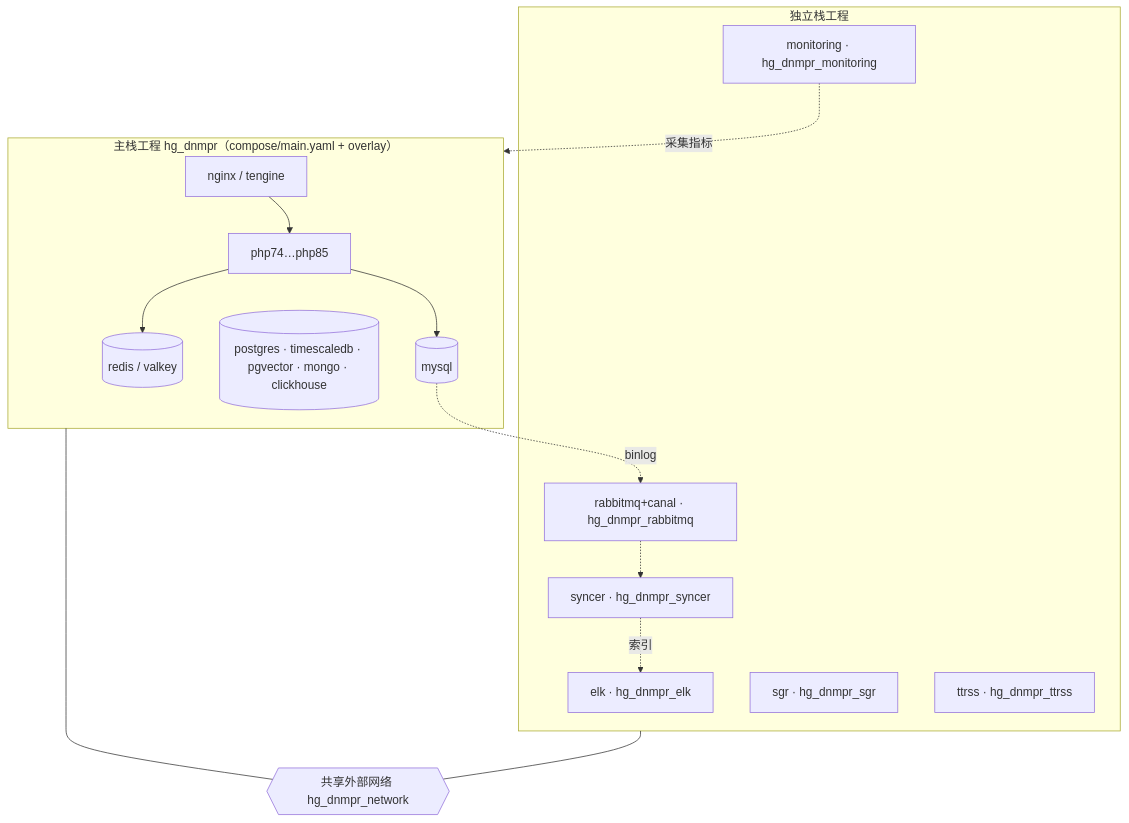
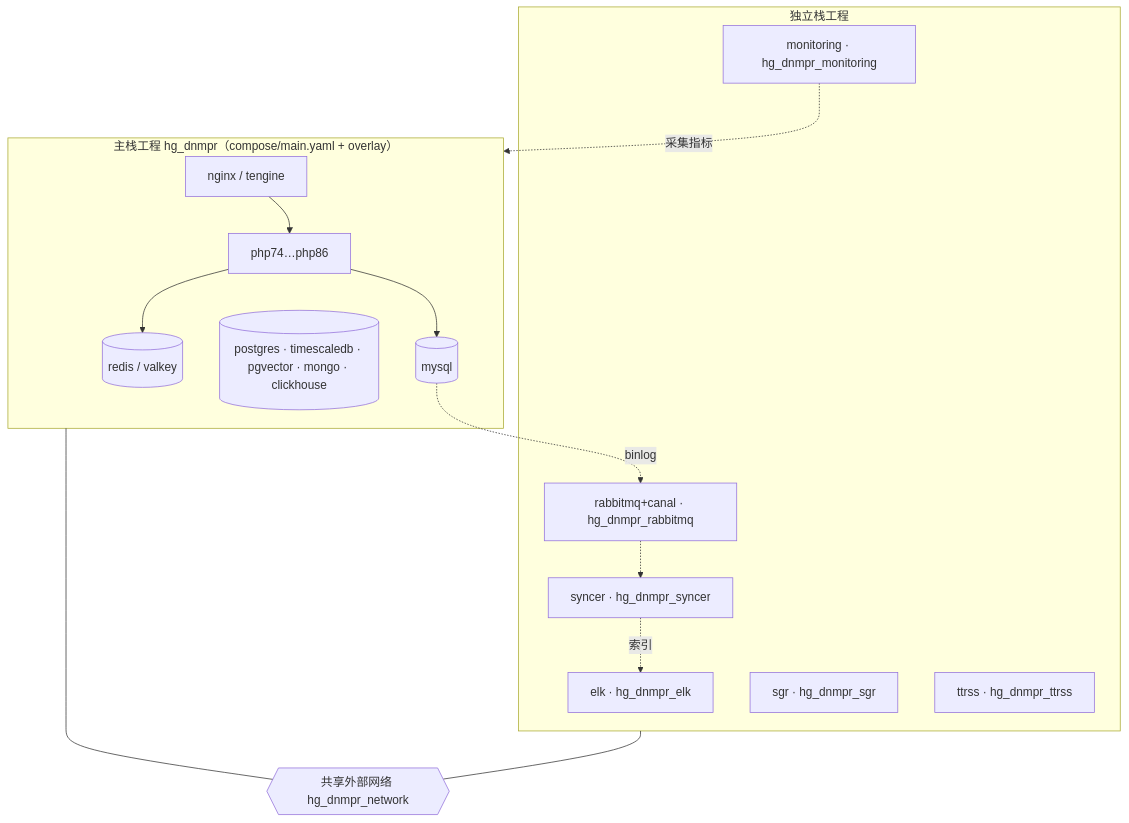
The second of 2 diagrams in README.md (indextank/hg_dnampr), drawn with Mermaid before and after one commit. The commit also changed other lines of this file and 51 other files, not shown here.

````diff
--- a/README.md
+++ b/README.md
@@ -160,21 +163,21 @@
 ```mermaid
 flowchart TD
     subgraph MAIN["主栈工程 hg_dnmpr（compose/main.yaml + overlay）"]
-        NG[nginx / tengine] --> PHP[php74…php85]
+        NG[nginx / tengine] --> PHP[php74…php86]
         PHP --> MY[(mysql)]
         PHP --> RD[(redis / valkey)]
         DBS[(postgres · timescaledb · pgvector · mongo · clickhouse)]
     end
     subgraph STACKS["独立栈工程"]
         ELK[elk · hg_dnmpr_elk]
         MQ[rabbitmq+canal · hg_dnmpr_rabbitmq]
         SY[syncer · hg_dnmpr_syncer]
         MON[monitoring · hg_dnmpr_monitoring]
         SGR[sgr · hg_dnmpr_sgr]
         TTR[ttrss · hg_dnmpr_ttrss]
     end
     MAIN --- NET{{"共享外部网络 hg_dnmpr_network"}}
     STACKS --- NET
     MY -.binlog.-> MQ -.-> SY -.索引.-> ELK
     MON -.采集指标.-> MAIN
 ```
````
